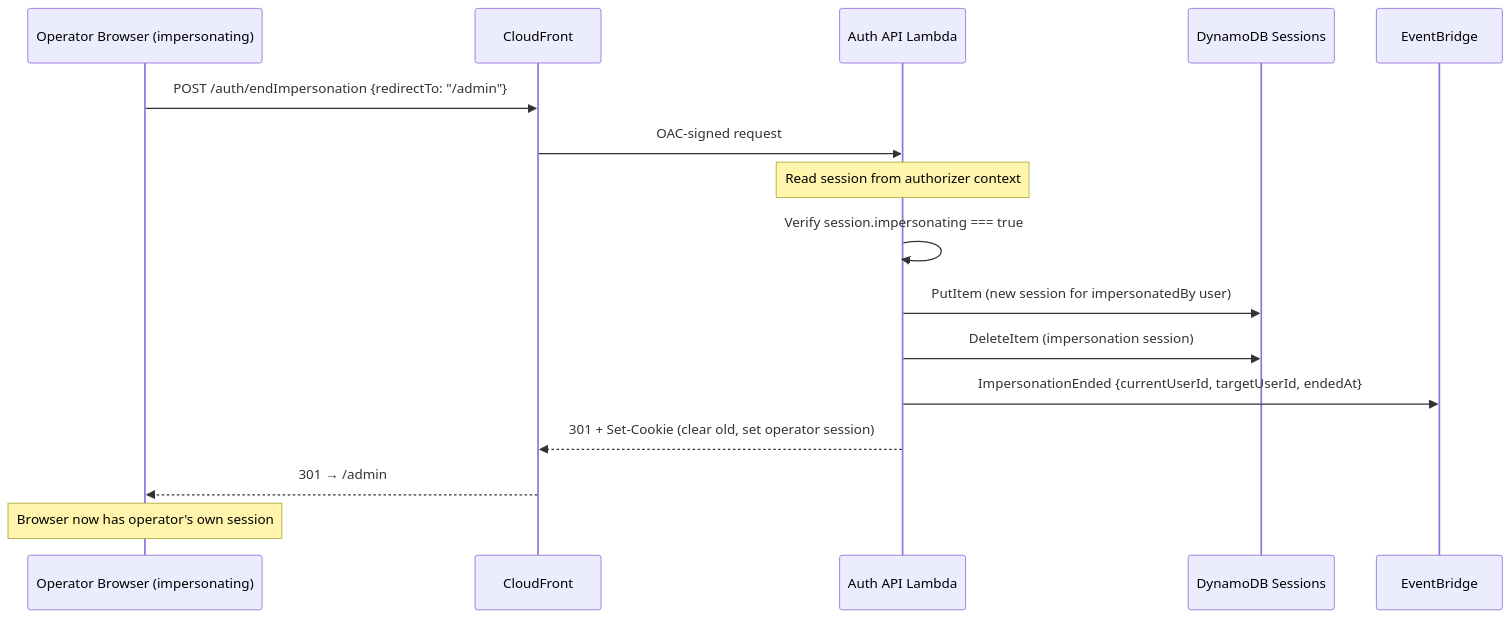
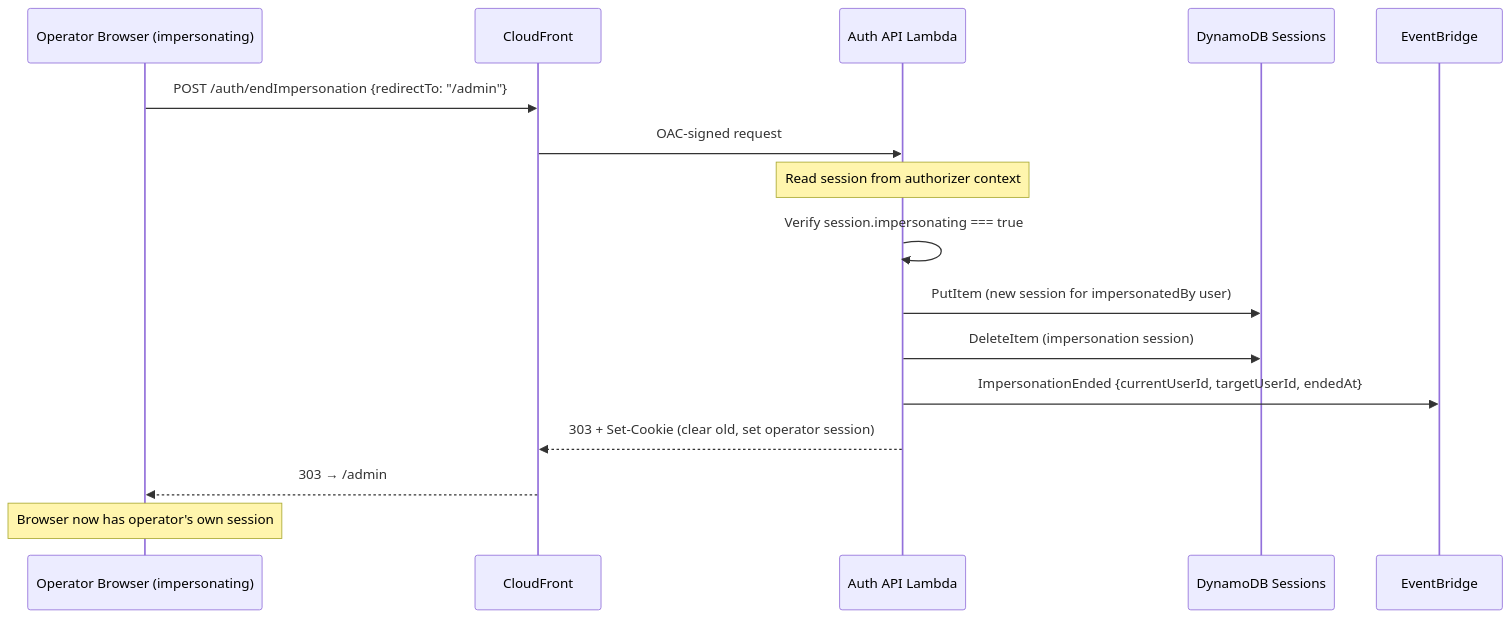
One commit to BeeSolve/packages changed the third of 4 diagrams in .kiro/plans/auth-impersonation.md. Above: the diagram before and after it, drawn with Mermaid. The commit also changed other lines of this file and 1 other file, not shown here.

Commit message:
add adr-012 for impersonation session preservation; reconcile plan

````diff
--- a/.kiro/plans/auth-impersonation.md
+++ b/.kiro/plans/auth-impersonation.md
@@ -369,19 +361,19 @@
 ```mermaid
 sequenceDiagram
     participant Browser as Operator Browser (impersonating)
     participant CF as CloudFront
     participant API as Auth API Lambda
     participant DDB as DynamoDB Sessions
     participant EB as EventBridge
 
     Browser->>CF: POST /auth/endImpersonation {redirectTo: "/admin"}
     CF->>API: OAC-signed request
     Note over API: Read session from authorizer context
     API->>API: Verify session.impersonating === true
     API->>DDB: PutItem (new session for impersonatedBy user)
     API->>DDB: DeleteItem (impersonation session)
     API->>EB: ImpersonationEnded {currentUserId, targetUserId, endedAt}
-    API-->>CF: 301 + Set-Cookie (clear old, set operator session)
-    CF-->>Browser: 301 → /admin
+    API-->>CF: 303 + Set-Cookie (clear old, set operator session)
+    CF-->>Browser: 303 → /admin
     Note over Browser: Browser now has operator's own session
 ```
````
